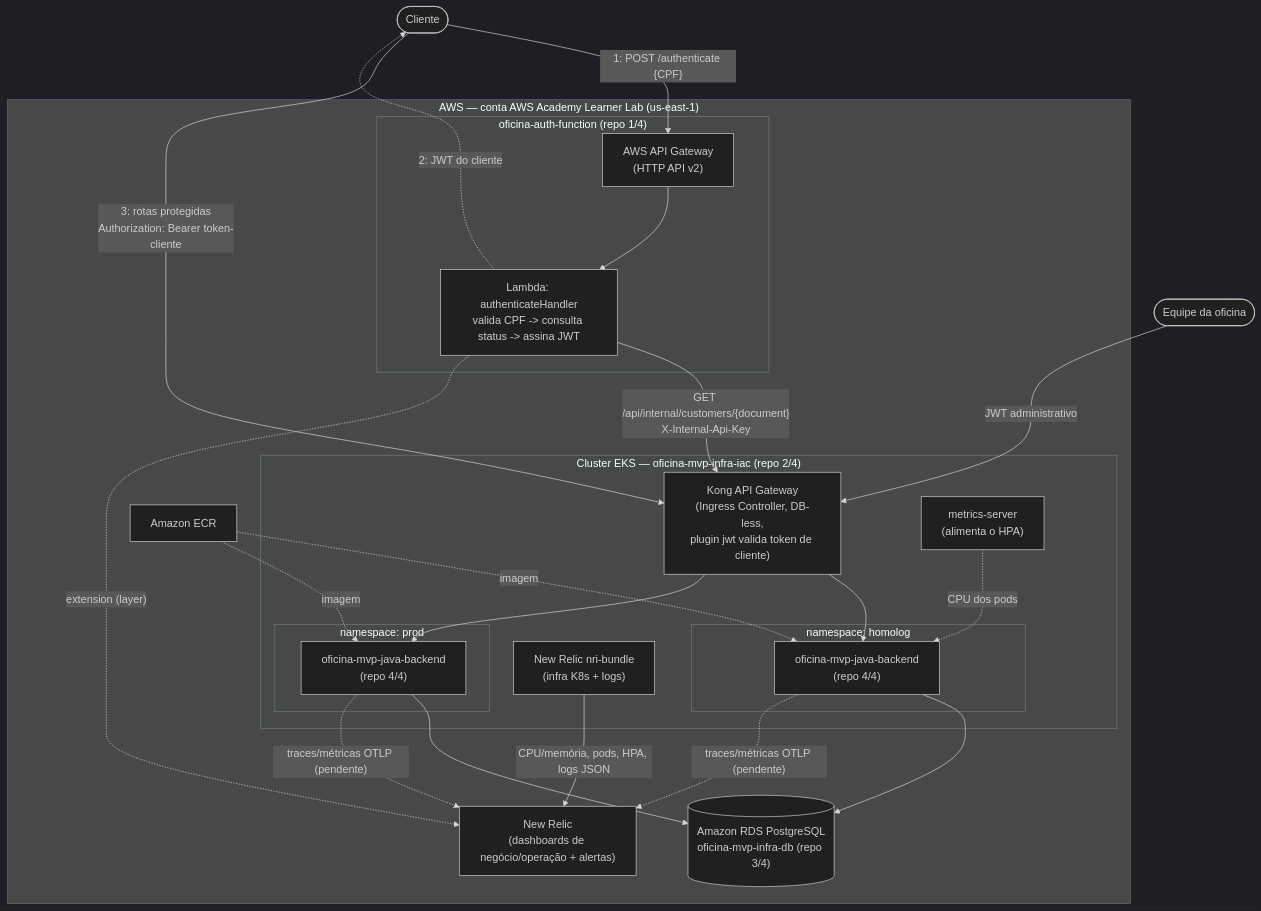
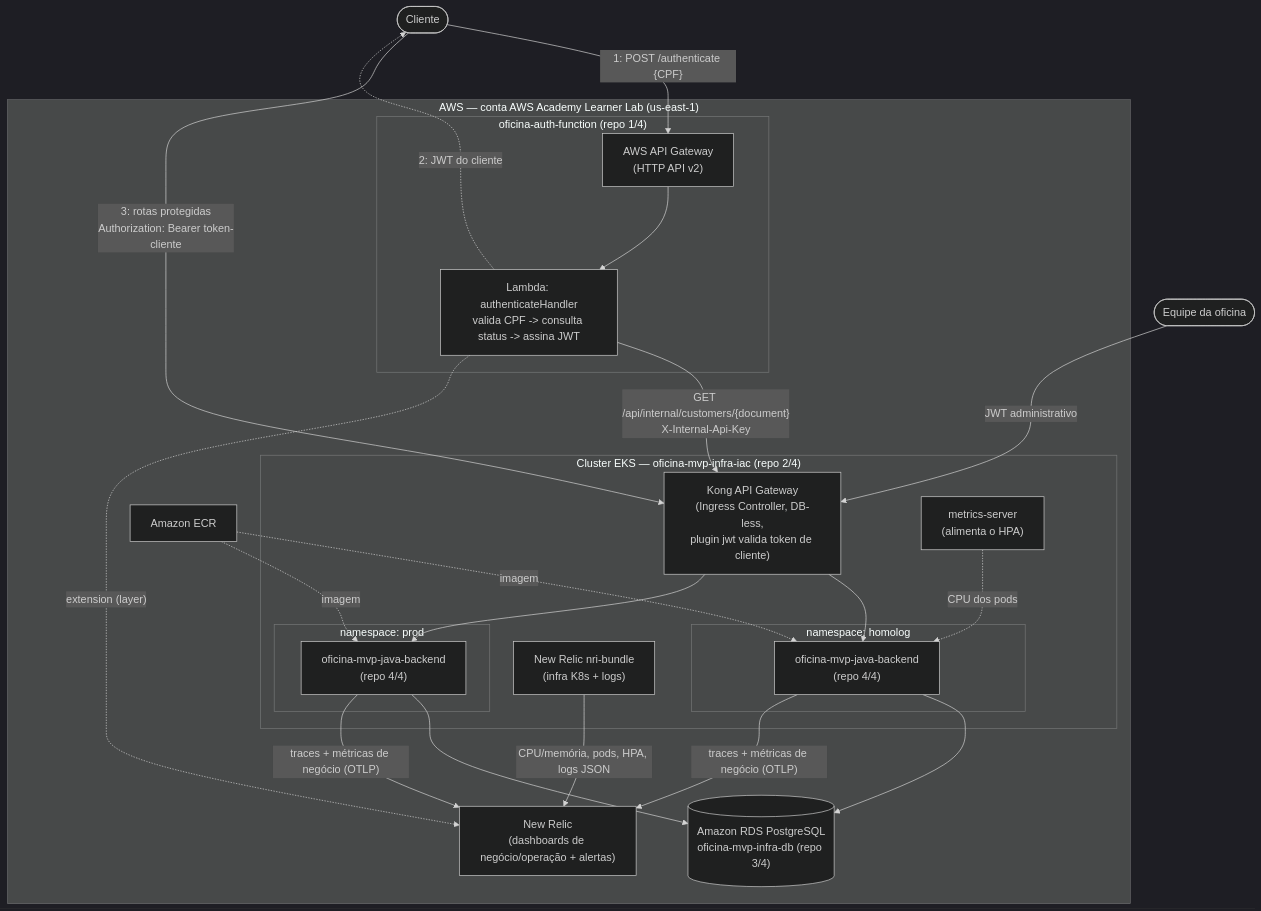
Before and after one commit to lukebria/oficina-mvp-java-backend: the fifth of 8 diagrams in docs/architecture.md, drawn with Mermaid (dark theme). The commit also changed other lines of this file, not shown here.

Commit message:
Atualiza diagrama de componentes: export OTLP da aplicacao corrigido (plano 13) (#43)

````diff
--- a/docs/architecture.md
+++ b/docs/architecture.md
@@ -915,48 +915,48 @@
 ```mermaid
 flowchart TB
     Staff(["Equipe da oficina"])
     Cliente(["Cliente"])
 
     subgraph AWS["AWS — conta AWS Academy Learner Lab (us-east-1)"]
         subgraph LambdaBox["oficina-auth-function (repo 1/4)"]
             ApiGwLambda["AWS API Gateway<br/>(HTTP API v2)"]
             Lambda["Lambda: authenticateHandler<br/>valida CPF -> consulta status -> assina JWT"]
             ApiGwLambda --> Lambda
         end
 
         subgraph EKS["Cluster EKS — oficina-mvp-infra-iac (repo 2/4)"]
             Kong["Kong API Gateway<br/>(Ingress Controller, DB-less,<br/>plugin jwt valida token de cliente)"]
             MetricsServer["metrics-server<br/>(alimenta o HPA)"]
             NRI["New Relic nri-bundle<br/>(infra K8s + logs)"]
             subgraph NsHomolog["namespace: homolog"]
                 AppHomolog["oficina-mvp-java-backend<br/>(repo 4/4)"]
             end
             subgraph NsProd["namespace: prod"]
                 AppProd["oficina-mvp-java-backend<br/>(repo 4/4)"]
             end
             Kong --> AppHomolog
             Kong --> AppProd
         end
 
         RDS[("Amazon RDS PostgreSQL<br/>oficina-mvp-infra-db (repo 3/4)")]
         ECR["Amazon ECR"]
         NewRelic["New Relic<br/>(dashboards de negócio/operação + alertas)"]
 
         AppHomolog --> RDS
         AppProd --> RDS
         Lambda -->|"GET /api/internal/customers/{document}<br/>X-Internal-Api-Key"| Kong
         ECR -.->|"imagem"| AppHomolog
         ECR -.->|"imagem"| AppProd
     end
 
     Staff -->|"JWT administrativo"| Kong
     Cliente -->|"1: POST /authenticate {CPF}"| ApiGwLambda
     Cliente -->|"3: rotas protegidas<br/>Authorization: Bearer token-cliente"| Kong
     Lambda -.->|"2: JWT do cliente"| Cliente
 
     MetricsServer -.->|CPU dos pods| AppHomolog
     NRI -->|"CPU/memória, pods, HPA, logs JSON"| NewRelic
-    AppHomolog -.->|"traces/métricas OTLP (pendente)"| NewRelic
-    AppProd -.->|"traces/métricas OTLP (pendente)"| NewRelic
+    AppHomolog -->|"traces + métricas de negócio (OTLP)"| NewRelic
+    AppProd -->|"traces + métricas de negócio (OTLP)"| NewRelic
     Lambda -.->|"extension (layer)"| NewRelic
 ```
````
